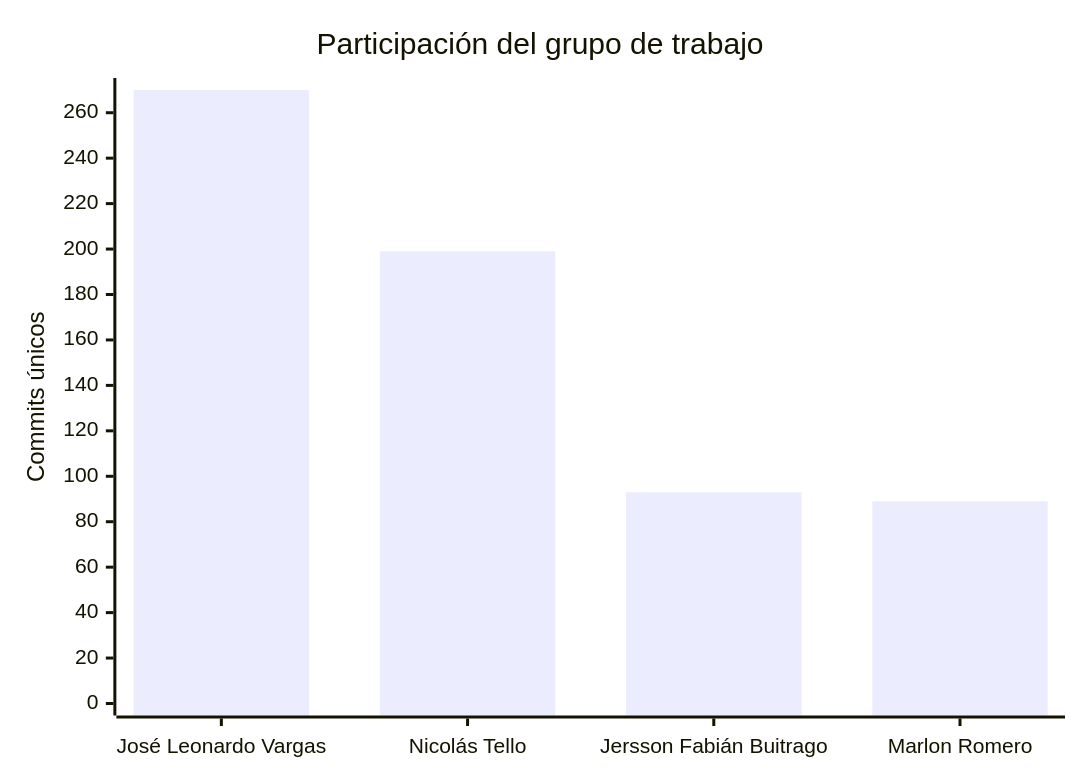
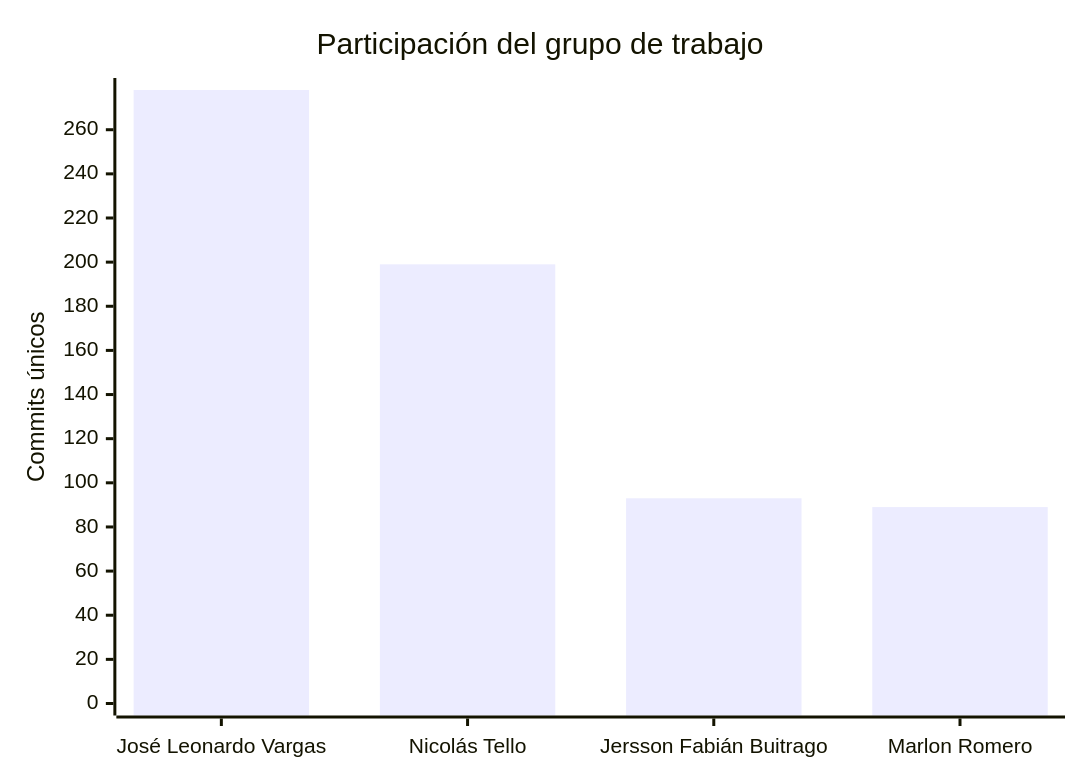
Before and after one commit to FarmaExpres/FarmaExpres: the second of 2 diagrams in README.md, drawn with Mermaid. The commit also changed other lines of this file and 1 other file, not shown here.

````diff
--- a/README.md
+++ b/README.md
@@ -401,7 +401,7 @@
 ```mermaid
 xychart-beta
     title "Participación del grupo de trabajo"
     x-axis ["José Leonardo Vargas", "Nicolás Tello", "Jersson Fabián Buitrago", "Marlon Romero"]
-    y-axis "Commits únicos" 0 --> 270
-    bar [270, 199, 93, 89]
+    y-axis "Commits únicos" 0 --> 278
+    bar [278, 199, 93, 89]
 ```
````
